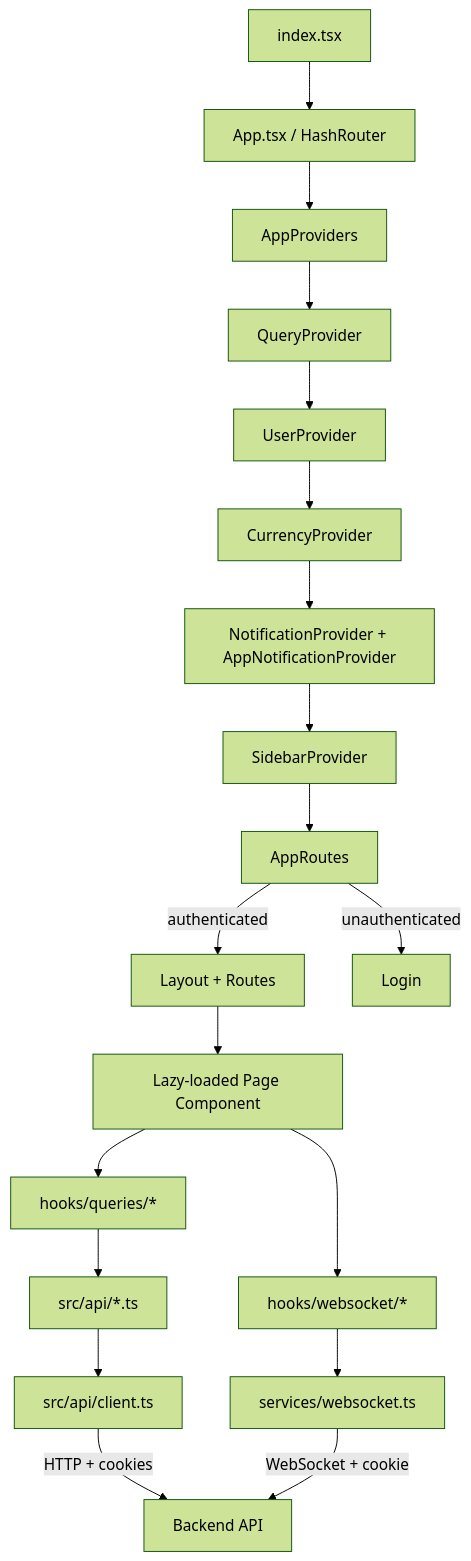
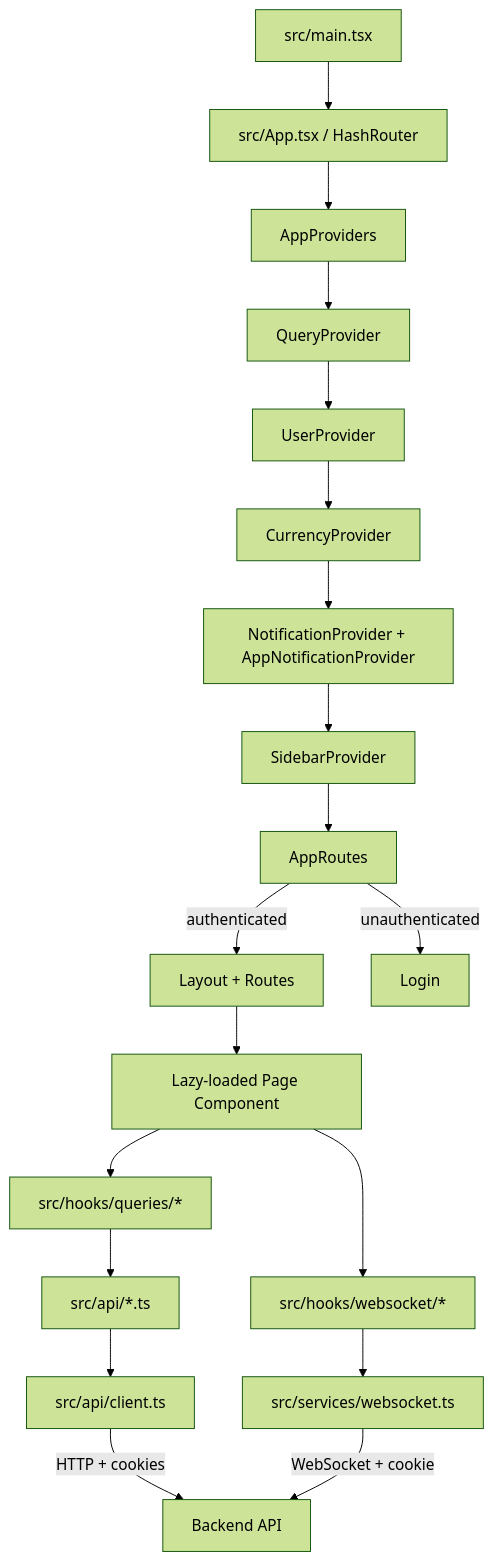
One commit to nekoguntai-castle/sanctuary changed the first of 2 diagrams in docs/reference/frontend-architecture.md. Above: the diagram before and after it, drawn with Mermaid (forest theme). The commit also changed other lines of this file and 1987 other files, not shown here.

````diff
--- a/docs/reference/frontend-architecture.md
+++ b/docs/reference/frontend-architecture.md
@@ -37,23 +37,23 @@
 ```mermaid
 graph TD
-    A[index.tsx] --> B[App.tsx / HashRouter]
+    A[src/main.tsx] --> B[src/App.tsx / HashRouter]
     B --> C[AppProviders]
     C --> D[QueryProvider]
     D --> E[UserProvider]
     E --> F[CurrencyProvider]
     F --> G[NotificationProvider + AppNotificationProvider]
     G --> H[SidebarProvider]
     H --> I[AppRoutes]
 
     I -->|authenticated| J[Layout + Routes]
     I -->|unauthenticated| K[Login]
 
     J --> L[Lazy-loaded Page Component]
-    L --> M[hooks/queries/*]
-    L --> N[hooks/websocket/*]
+    L --> M[src/hooks/queries/*]
+    L --> N[src/hooks/websocket/*]
     M --> O[src/api/*.ts]
-    N --> P[services/websocket.ts]
+    N --> P[src/services/websocket.ts]
     O --> Q[src/api/client.ts]
     Q -->|HTTP + cookies| R[Backend API]
     P -->|WebSocket + cookie| R
 ```
````
